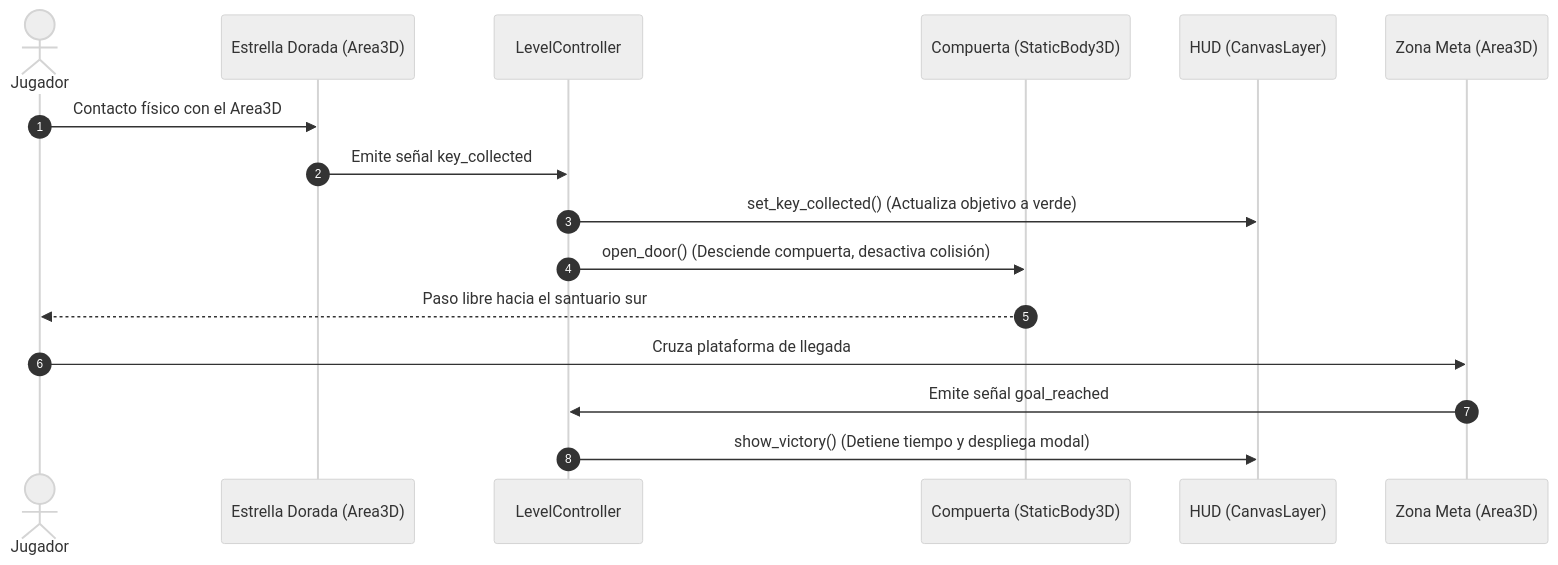
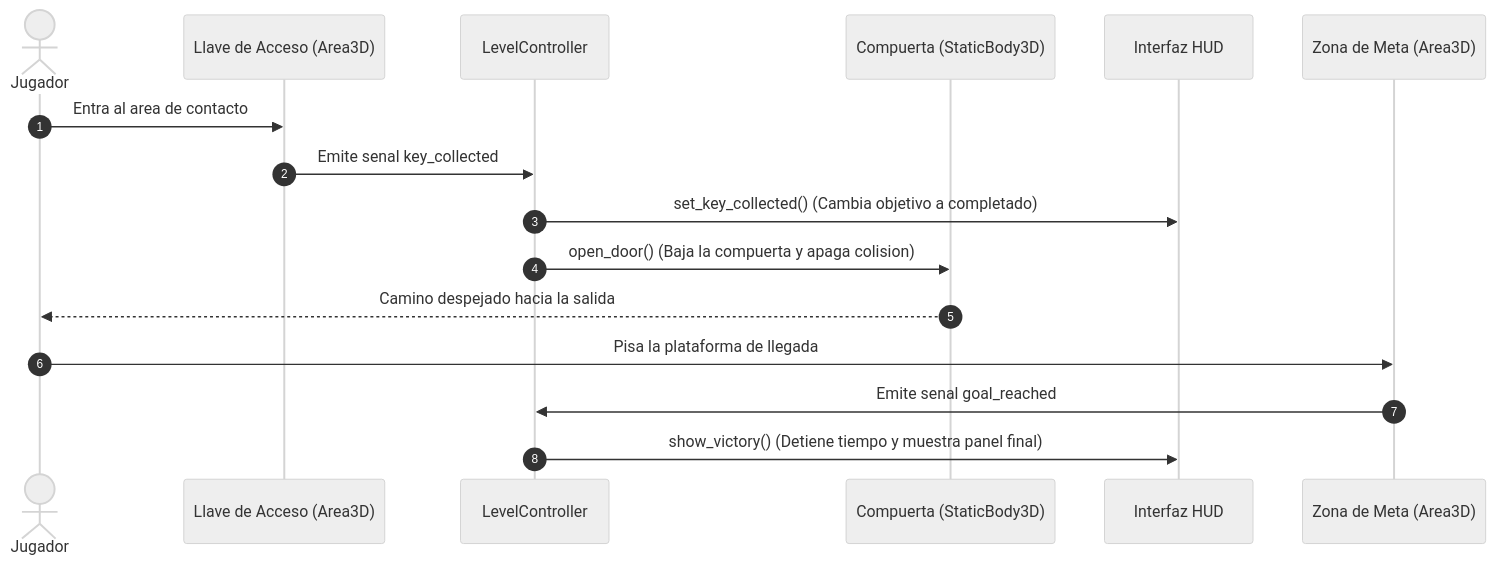
Before and after one commit to Xavii-rod03/Juego3D: the diagram in DOCUMENTO_PROYECTO_ENTREGA1.md, drawn with Mermaid (neutral theme). The commit also changed other lines of this file and 1 other file, not shown here.

Commit message:
Guardar reporte de Entrega 1 redactado en tono estudiantil con enlace a carpeta de Drive del video

````diff
--- a/DOCUMENTO_PROYECTO_ENTREGA1.md
+++ b/DOCUMENTO_PROYECTO_ENTREGA1.md
@@ -70,19 +72,19 @@
 ```mermaid
 sequenceDiagram
     autonumber
     actor Jugador
-    participant KeyItem as Estrella Dorada (Area3D)
-    participant Level as LevelController
-    participant DoorGate as Compuerta (StaticBody3D)
-    participant HUD as HUD (CanvasLayer)
-    participant GoalZone as Zona Meta (Area3D)
+    participant Llave as Llave de Acceso (Area3D)
+    participant Nivel as LevelController
+    participant Compuerta as Compuerta (StaticBody3D)
+    participant HUD as Interfaz HUD
+    participant Meta as Zona de Meta (Area3D)
 
-    Jugador->>KeyItem: Contacto físico con el Area3D
-    KeyItem->>Level: Emite señal key_collected
-    Level->>HUD: set_key_collected() (Actualiza objetivo a verde)
-    Level->>DoorGate: open_door() (Desciende compuerta, desactiva colisión)
-    DoorGate-->>Jugador: Paso libre hacia el santuario sur
-    Jugador->>GoalZone: Cruza plataforma de llegada
-    GoalZone->>Level: Emite señal goal_reached
-    Level->>HUD: show_victory() (Detiene tiempo y despliega modal)
+    Jugador->>Llave: Entra al area de contacto
+    Llave->>Nivel: Emite senal key_collected
+    Nivel->>HUD: set_key_collected() (Cambia objetivo a completado)
+    Nivel->>Compuerta: open_door() (Baja la compuerta y apaga colision)
+    Compuerta-->>Jugador: Camino despejado hacia la salida
+    Jugador->>Meta: Pisa la plataforma de llegada
+    Meta->>Nivel: Emite senal goal_reached
+    Nivel->>HUD: show_victory() (Detiene tiempo y muestra panel final)
 ```
````
